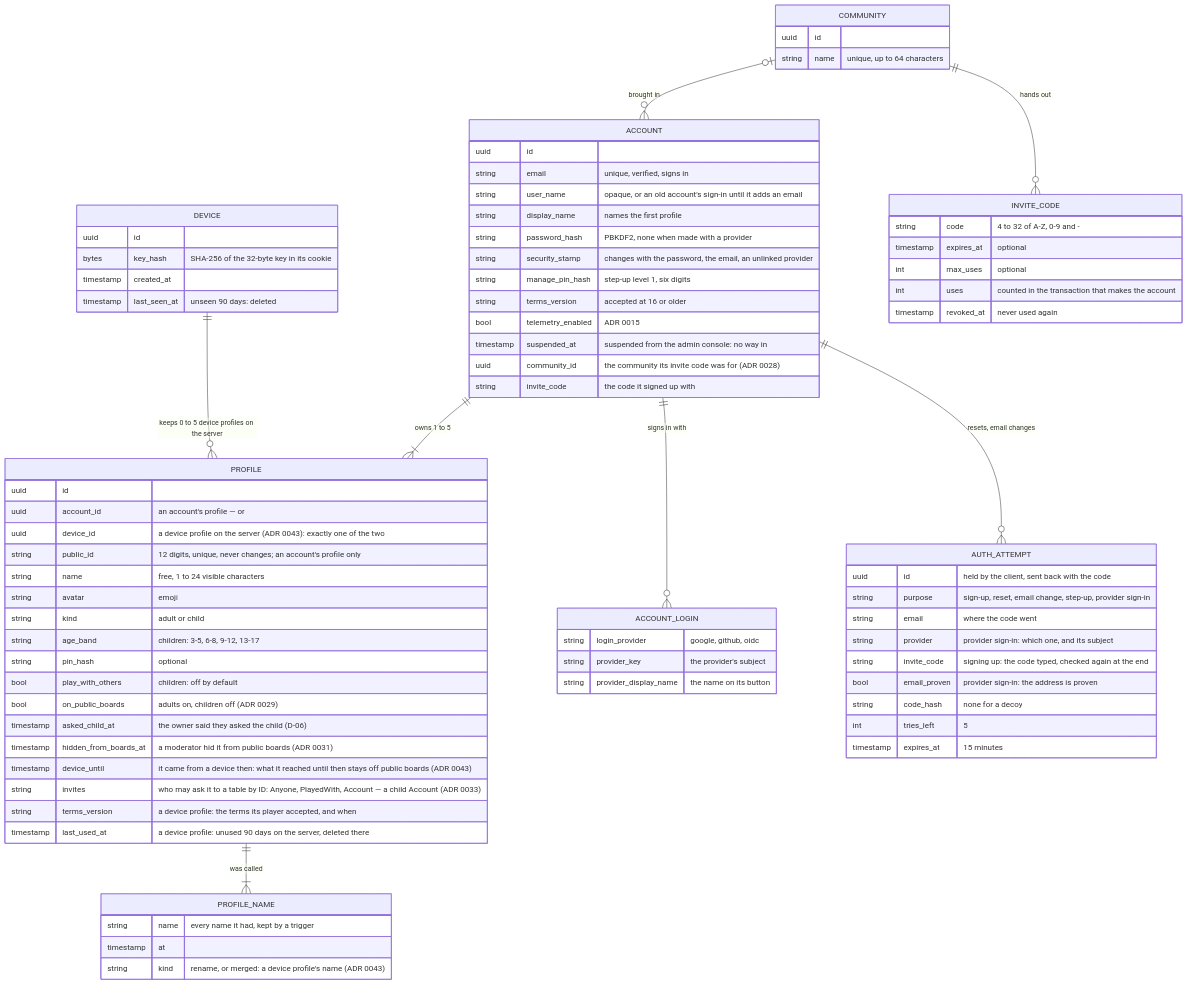
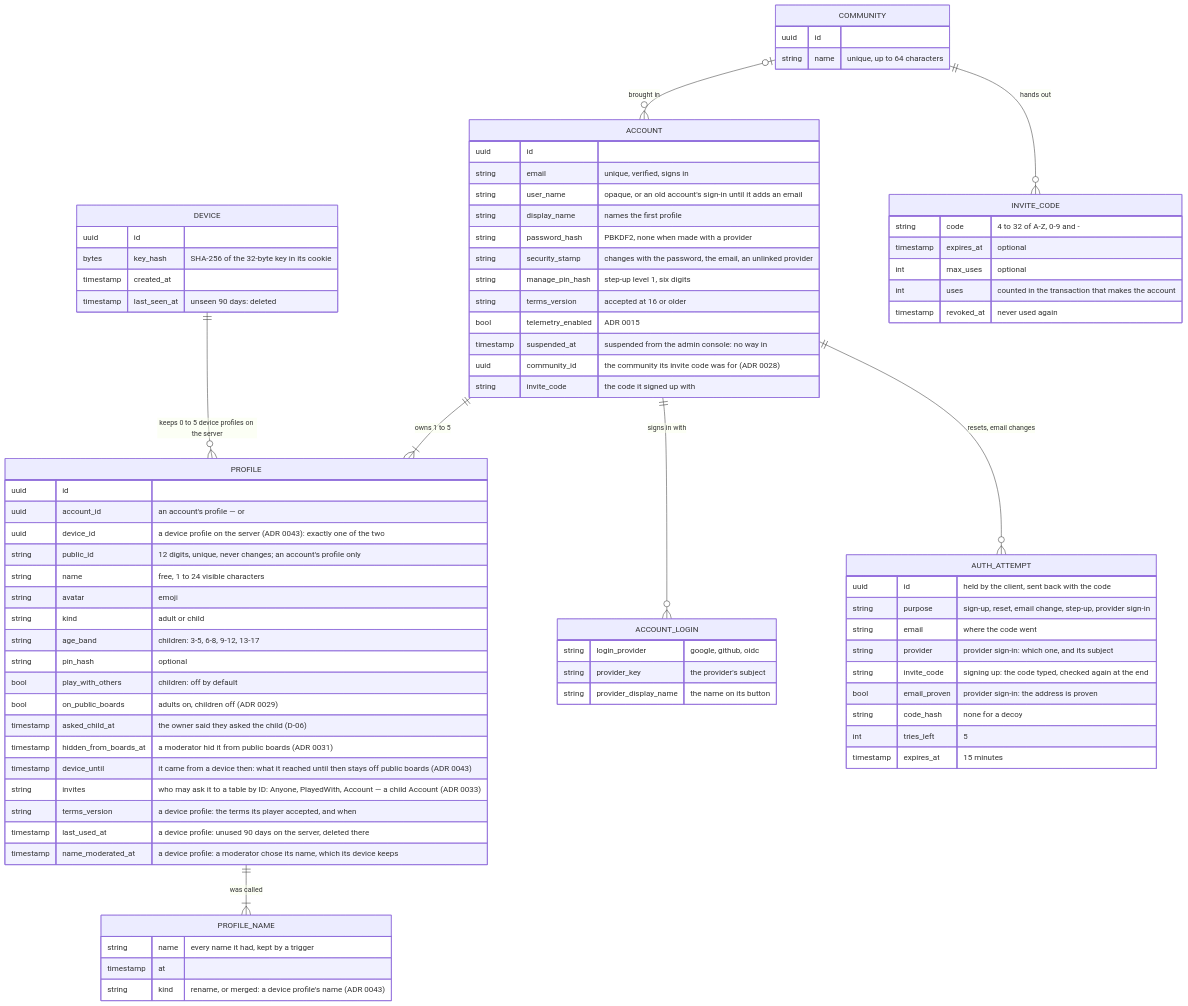
Before and after one commit to vinh466/tohe-play: the first of 15 diagrams in docs/architecture/identity.md, drawn with Mermaid. The commit also changed other lines of this file and 33 other files, not shown here.

````diff
--- a/docs/architecture/identity.md
+++ b/docs/architecture/identity.md
@@ -17,81 +17,82 @@
 ```mermaid
 erDiagram
   ACCOUNT ||--|{ PROFILE : "owns 1 to 5"
   DEVICE ||--o{ PROFILE : "keeps 0 to 5 device profiles on the server"
   PROFILE ||--|{ PROFILE_NAME : "was called"
   ACCOUNT ||--o{ ACCOUNT_LOGIN : "signs in with"
   ACCOUNT ||--o{ AUTH_ATTEMPT : "resets, email changes"
   COMMUNITY |o--o{ ACCOUNT : "brought in"
   COMMUNITY ||--o{ INVITE_CODE : "hands out"
   ACCOUNT {
     uuid id
     string email "unique, verified, signs in"
     string user_name "opaque, or an old account's sign-in until it adds an email"
     string display_name "names the first profile"
     string password_hash "PBKDF2, none when made with a provider"
     string security_stamp "changes with the password, the email, an unlinked provider"
     string manage_pin_hash "step-up level 1, six digits"
     string terms_version "accepted at 16 or older"
     bool telemetry_enabled "ADR 0015"
     timestamp suspended_at "suspended from the admin console: no way in"
     uuid community_id "the community its invite code was for (ADR 0028)"
     string invite_code "the code it signed up with"
   }
   COMMUNITY {
     uuid id
     string name "unique, up to 64 characters"
   }
   INVITE_CODE {
     string code "4 to 32 of A-Z, 0-9 and -"
     timestamp expires_at "optional"
     int max_uses "optional"
     int uses "counted in the transaction that makes the account"
     timestamp revoked_at "never used again"
   }
   ACCOUNT_LOGIN {
     string login_provider "google, github, oidc"
     string provider_key "the provider's subject"
     string provider_display_name "the name on its button"
   }
   DEVICE {
     uuid id
     bytes key_hash "SHA-256 of the 32-byte key in its cookie"
     timestamp created_at
     timestamp last_seen_at "unseen 90 days: deleted"
   }
   PROFILE_NAME {
     string name "every name it had, kept by a trigger"
     timestamp at
     string kind "rename, or merged: a device profile's name (ADR 0043)"
   }
   PROFILE {
     uuid id
     uuid account_id "an account's profile — or"
     uuid device_id "a device profile on the server (ADR 0043): exactly one of the two"
     string public_id "12 digits, unique, never changes; an account's profile only"
     string name "free, 1 to 24 visible characters"
     string avatar "emoji"
     string kind "adult or child"
     string age_band "children: 3-5, 6-8, 9-12, 13-17"
     string pin_hash "optional"
     bool play_with_others "children: off by default"
     bool on_public_boards "adults on, children off (ADR 0029)"
     timestamp asked_child_at "the owner said they asked the child (D-06)"
     timestamp hidden_from_boards_at "a moderator hid it from public boards (ADR 0031)"
     timestamp device_until "it came from a device then: what it reached until then stays off public boards (ADR 0043)"
     string invites "who may ask it to a table by ID: Anyone, PlayedWith, Account — a child Account (ADR 0033)"
     string terms_version "a device profile: the terms its player accepted, and when"
     timestamp last_used_at "a device profile: unused 90 days on the server, deleted there"
+    timestamp name_moderated_at "a device profile: a moderator chose its name, which its device keeps"
   }
   AUTH_ATTEMPT {
     uuid id "held by the client, sent back with the code"
     string purpose "sign-up, reset, email change, step-up, provider sign-in"
     string email "where the code went"
     string provider "provider sign-in: which one, and its subject"
     string invite_code "signing up: the code typed, checked again at the end"
     bool email_proven "provider sign-in: the address is proven"
     string code_hash "none for a decoy"
     int tries_left "5"
     timestamp expires_at "15 minutes"
   }
 ```
````
